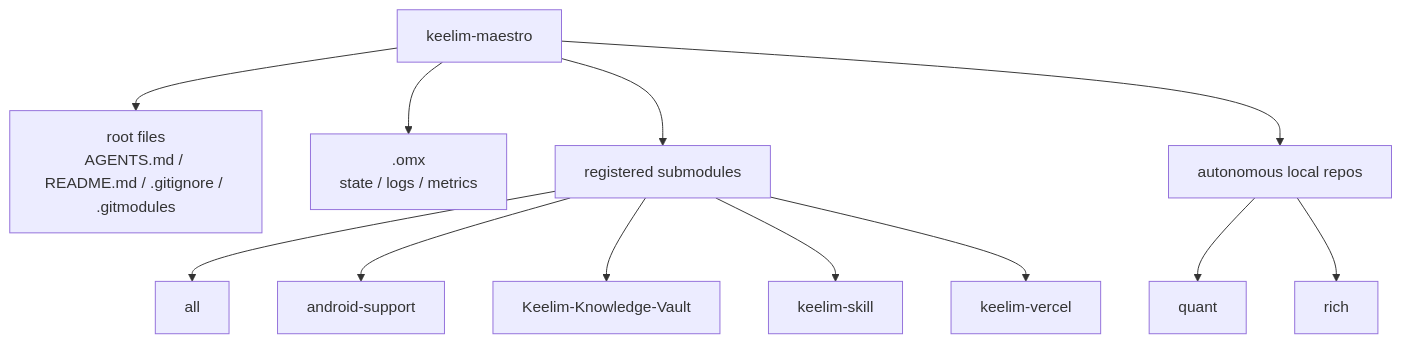
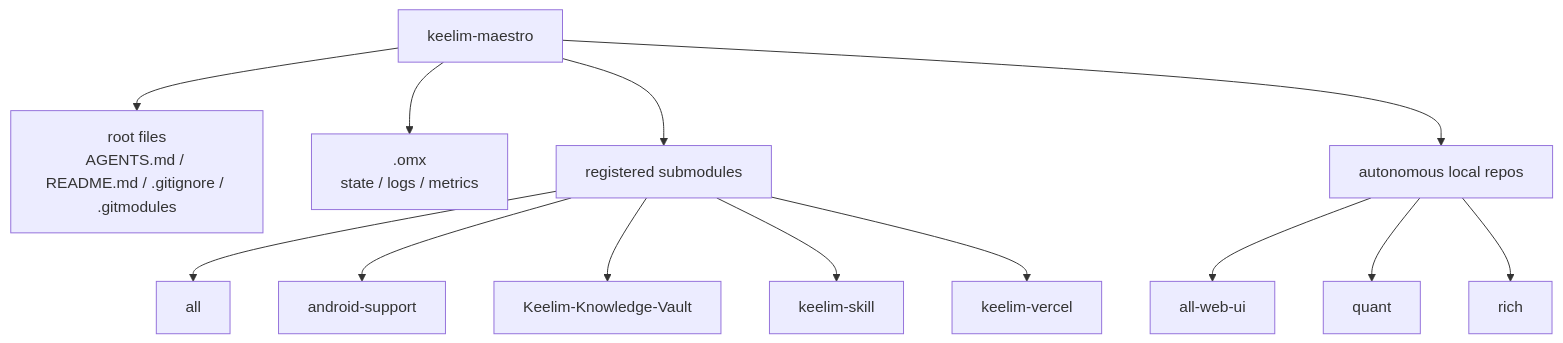
Before and after one commit to keelim/keelim-maestro: the diagram in README.md, drawn with Mermaid. The commit also changed other lines of this file and 4 other files, not shown here.

````diff
--- a/README.md
+++ b/README.md
@@ -7,18 +7,19 @@
 ```mermaid
 flowchart TB
     root["keelim-maestro"]
 
     root --> rootFiles["root files<br/>AGENTS.md / README.md / .gitignore / .gitmodules"]
     root --> omx[".omx<br/>state / logs / metrics"]
     root --> submodules["registered submodules"]
     root --> localRepos["autonomous local repos"]
 
     submodules --> all["all"]
     submodules --> android["android-support"]
     submodules --> vault["Keelim-Knowledge-Vault"]
     submodules --> skill["keelim-skill"]
     submodules --> vercel["keelim-vercel"]
 
+    localRepos --> allWebUi["all-web-ui"]
     localRepos --> quant["quant"]
     localRepos --> rich["rich"]
 ```
````
